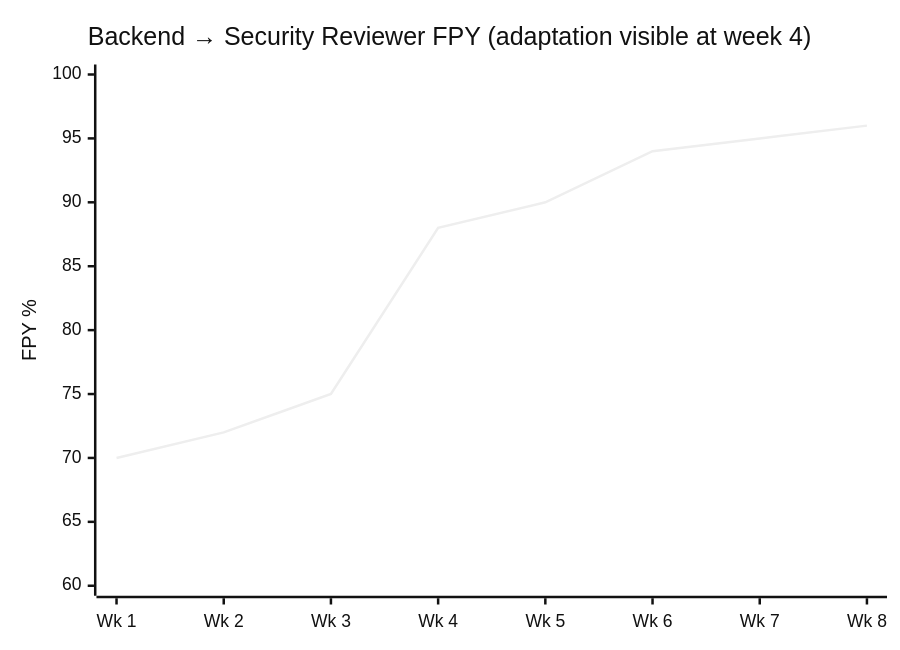
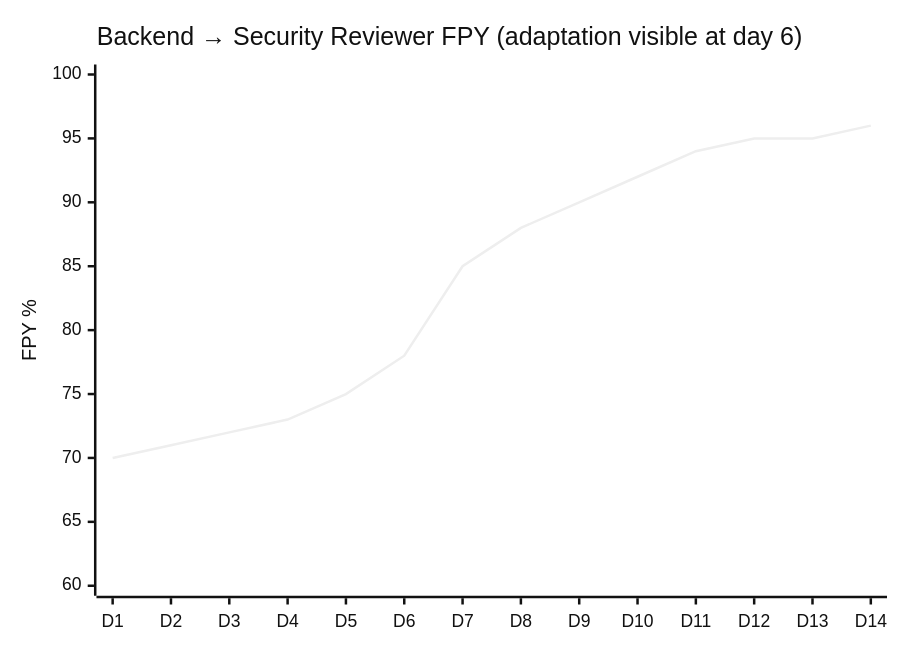
The tenth of 15 diagrams in docs/METRICS-GUIDE.md (rdunie/venutian-antfarm), drawn with Mermaid (neutral theme) before and after one commit. The commit also changed other lines of this file, not shown here.

First line of the commit message:
docs: update metrics to day-based cycle, add regression and bottleneck examples

````diff
--- a/docs/METRICS-GUIDE.md
+++ b/docs/METRICS-GUIDE.md
@@ -410,7 +410,7 @@
 ```mermaid
 xychart-beta
-    title "Backend → Security Reviewer FPY (adaptation visible at week 4)"
-    x-axis ["Wk 1", "Wk 2", "Wk 3", "Wk 4", "Wk 5", "Wk 6", "Wk 7", "Wk 8"]
+    title "Backend → Security Reviewer FPY (adaptation visible at day 6)"
+    x-axis ["D1", "D2", "D3", "D4", "D5", "D6", "D7", "D8", "D9", "D10", "D11", "D12", "D13", "D14"]
     y-axis "FPY %" 60 --> 100
-    line [70, 72, 75, 88, 90, 94, 95, 96]
+    line [70, 71, 72, 73, 75, 78, 85, 88, 90, 92, 94, 95, 95, 96]
 ```
````
